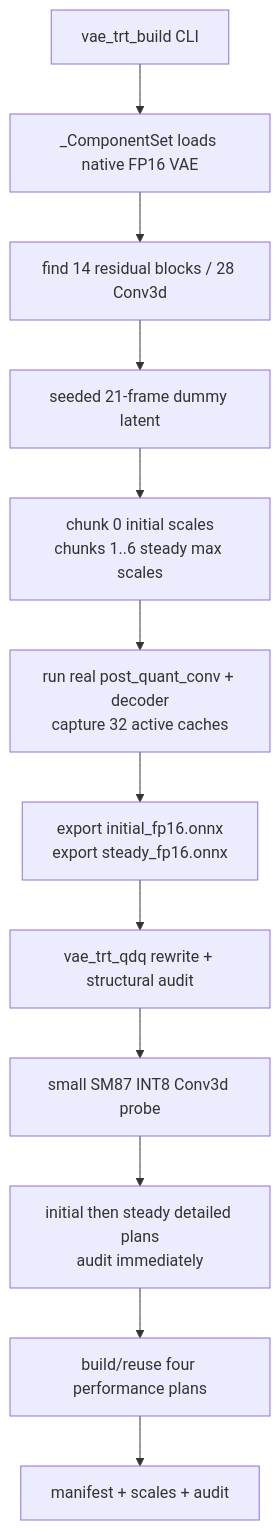
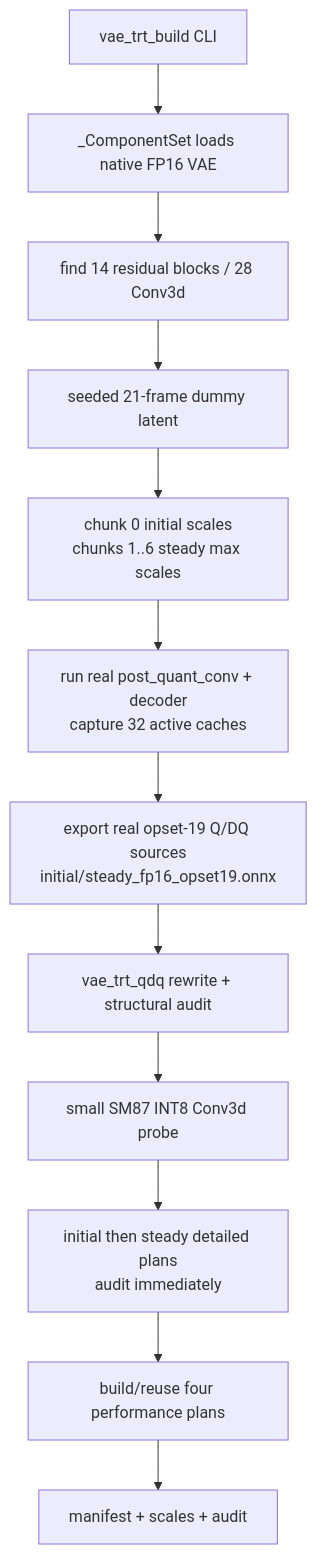
Before and after one commit to FredHuang99/sglang: diagram 11 of 13 in python/sglang/multimodal_gen/experimental/jetson_sfwan/CODE_GUIDE.md, drawn with Mermaid. The commit also changed other lines of this file and 4 other files, not shown here.

````diff
--- a/python/sglang/multimodal_gen/experimental/jetson_sfwan/CODE_GUIDE.md
+++ b/python/sglang/multimodal_gen/experimental/jetson_sfwan/CODE_GUIDE.md
@@ -1029,18 +1029,18 @@
 ```mermaid
 flowchart TD
     CLI["vae_trt_build CLI"]
     Load["_ComponentSet loads native FP16 VAE"]
     Targets["find 14 residual blocks / 28 Conv3d"]
     Dummy["seeded 21-frame dummy latent"]
     Scales["chunk 0 initial scales<br/>chunks 1..6 steady max scales"]
     Trace["run real post_quant_conv + decoder<br/>capture 32 active caches"]
-    Export["export initial_fp16.onnx<br/>export steady_fp16.onnx"]
+    Export["export real opset-19 Q/DQ sources<br/>initial/steady_fp16_opset19.onnx"]
     QDQ["vae_trt_qdq rewrite + structural audit"]
     Probe["small SM87 INT8 Conv3d probe"]
     Detailed["initial then steady detailed plans<br/>audit immediately"]
     Build["build/reuse four performance plans"]
     Manifest["manifest + scales + audit"]
 
     CLI --> Load --> Targets --> Dummy --> Scales --> Trace --> Export
     Export --> QDQ --> Probe --> Detailed --> Build --> Manifest
 ```
````
